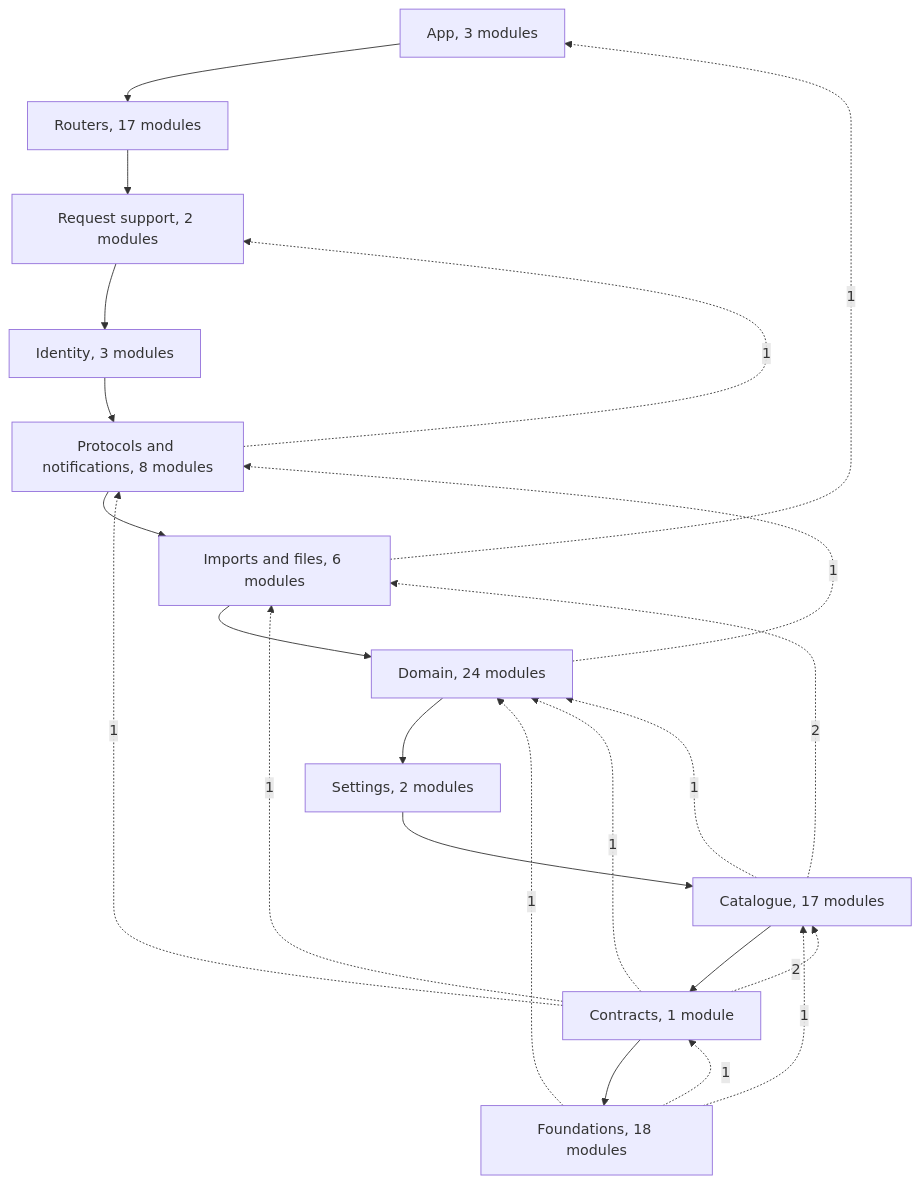
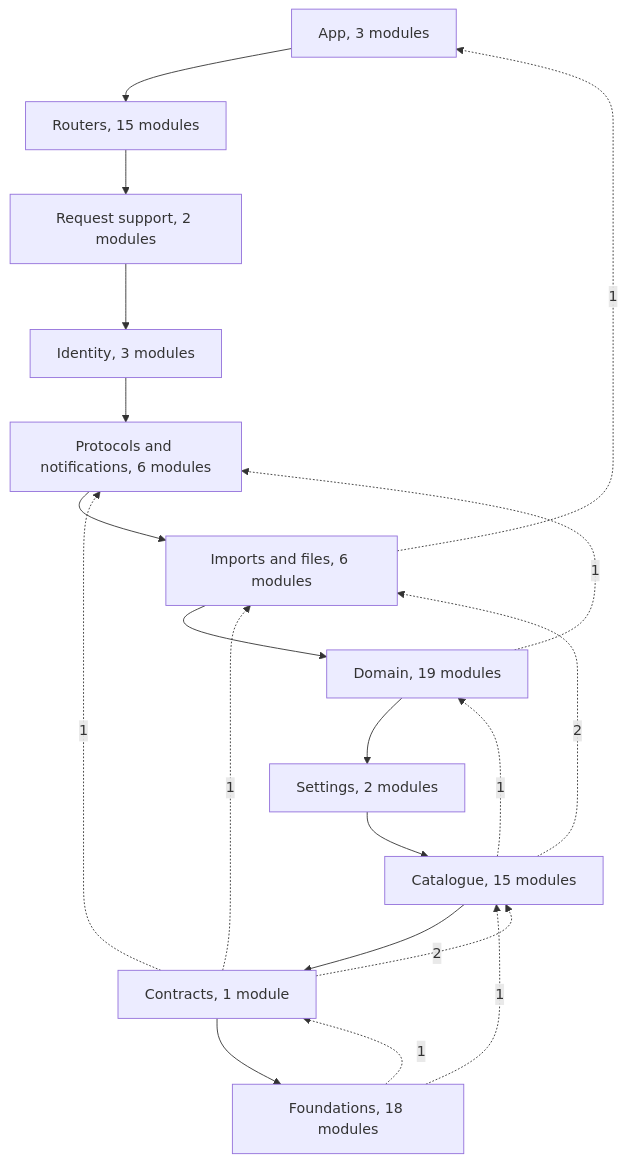
The fourth of 10 diagrams in docs/architecture.md (f-klement/endpaper), drawn with Mermaid before and after one commit. The commit also changed other lines of this file and 361 other files, not shown here.

````diff
--- a/docs/architecture.md
+++ b/docs/architecture.md
@@ -312,36 +300,33 @@
 ```mermaid
 flowchart TB
   app["App, 3 modules"]
-  routers["Routers, 17 modules"]
+  routers["Routers, 15 modules"]
   request["Request support, 2 modules"]
   identity["Identity, 3 modules"]
-  protocols["Protocols and notifications, 8 modules"]
+  protocols["Protocols and notifications, 6 modules"]
   files["Imports and files, 6 modules"]
-  domain["Domain, 24 modules"]
+  domain["Domain, 19 modules"]
   settings["Settings, 2 modules"]
-  catalogue["Catalogue, 17 modules"]
+  catalogue["Catalogue, 15 modules"]
   contracts["Contracts, 1 module"]
   foundations["Foundations, 18 modules"]
   app --> routers
   routers --> request
   request --> identity
   identity --> protocols
   protocols --> files
   files --> domain
   domain --> settings
   settings --> catalogue
   catalogue --> contracts
   contracts --> foundations
-  protocols -.->|"1"| request
   files -.->|"1"| app
   domain -.->|"1"| protocols
   catalogue -.->|"2"| files
   catalogue -.->|"1"| domain
   contracts -.->|"1"| protocols
   contracts -.->|"1"| files
-  contracts -.->|"1"| domain
   contracts -.->|"2"| catalogue
-  foundations -.->|"1"| domain
   foundations -.->|"1"| catalogue
   foundations -.->|"1"| contracts
 ```
````
